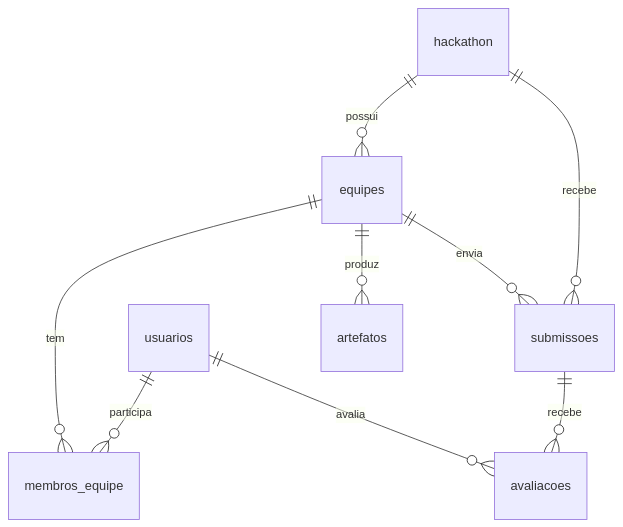
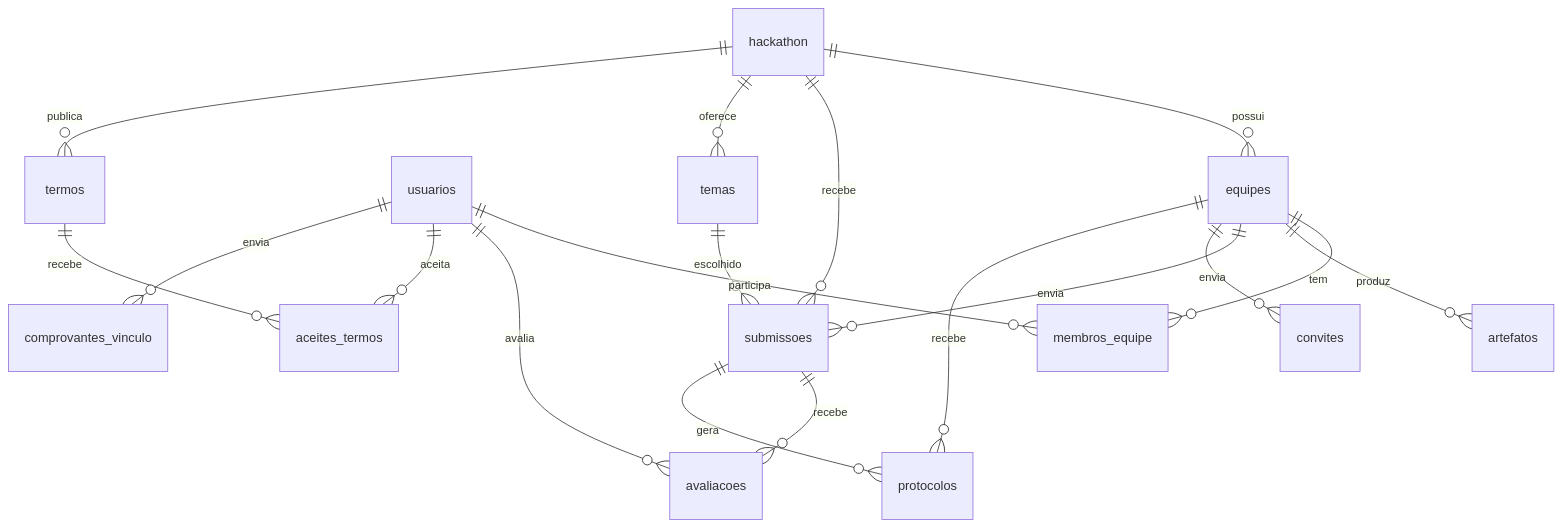
One commit to Hackathon-UFPA/hackathon_backend changed the diagram in README.md. Above: the diagram before and after it, drawn with Mermaid. The commit also changed other lines of this file and 27 other files, not shown here.

````diff
--- a/README.md
+++ b/README.md
@@ -38,11 +39,20 @@
 ```mermaid
 erDiagram
     hackathon ||--o{ equipes : possui
     hackathon ||--o{ submissoes : recebe
     equipes ||--o{ membros_equipe : tem
     usuarios ||--o{ membros_equipe : participa
     equipes ||--o{ artefatos : produz
     equipes ||--o{ submissoes : envia
     submissoes ||--o{ avaliacoes : recebe
     usuarios ||--o{ avaliacoes : avalia
+    hackathon ||--o{ temas : oferece
+    temas ||--o{ submissoes : escolhido
+    equipes ||--o{ convites : envia
+    hackathon ||--o{ termos : publica
+    termos ||--o{ aceites_termos : recebe
+    usuarios ||--o{ aceites_termos : aceita
+    usuarios ||--o{ comprovantes_vinculo : envia
+    equipes ||--o{ protocolos : recebe
+    submissoes ||--o{ protocolos : gera
 ```
````
